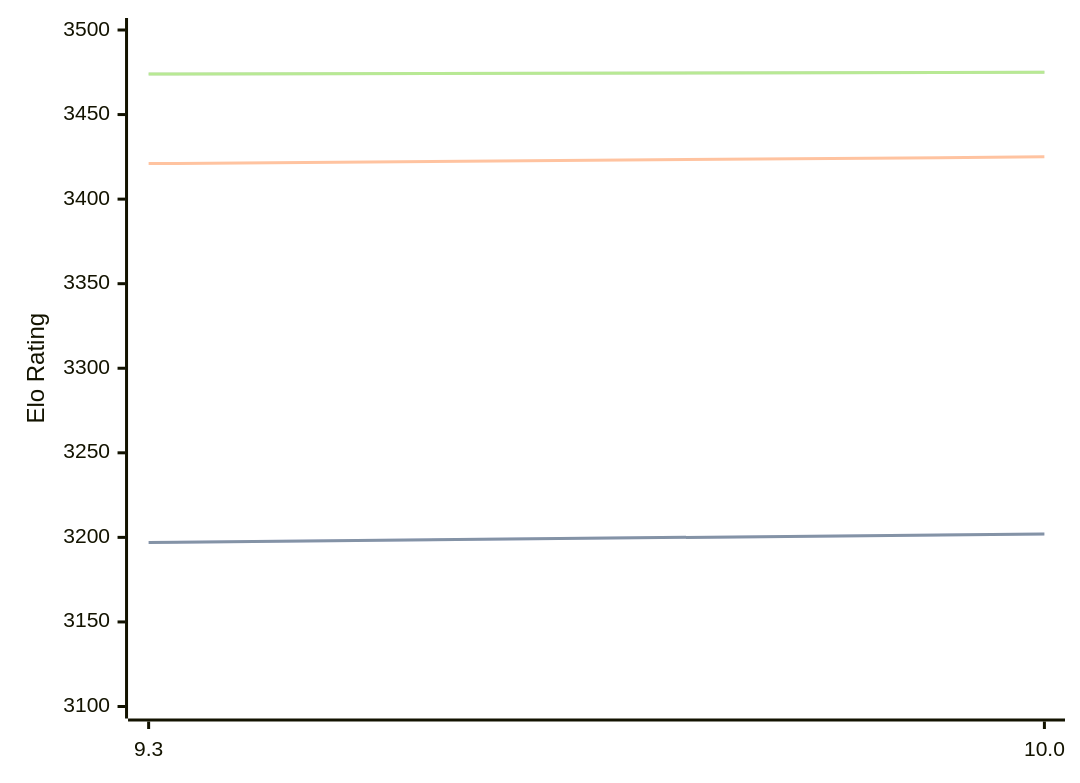
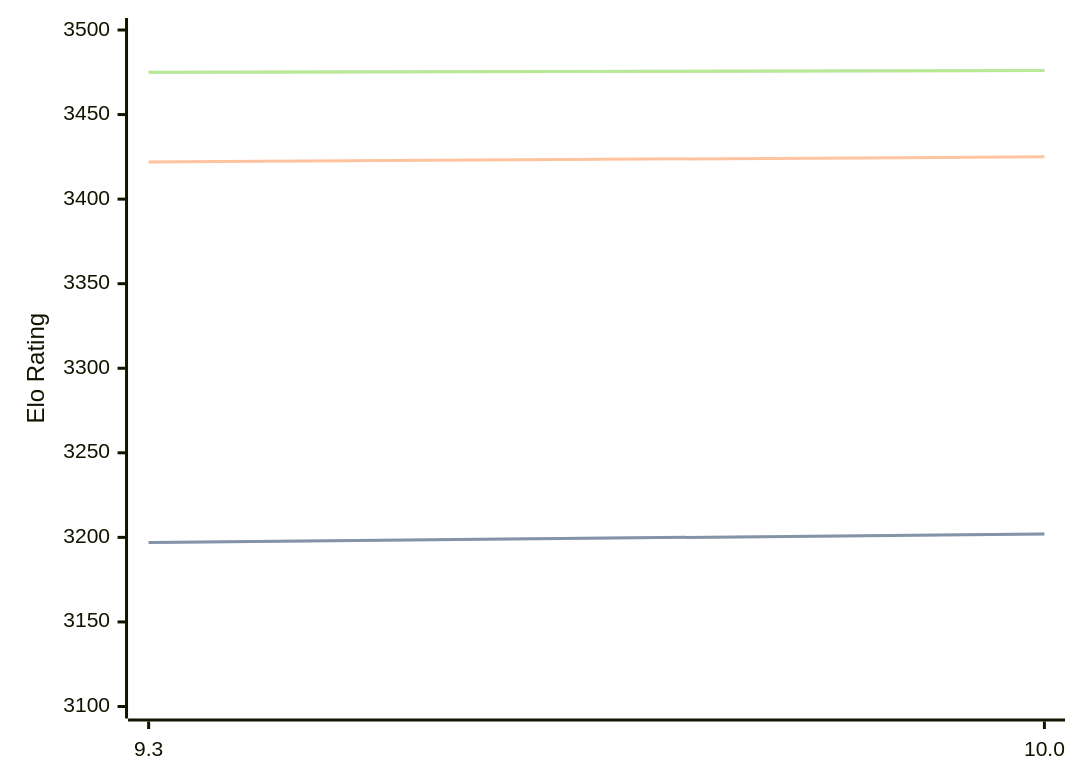
The diagram in engines/Fire.md (computer-chess-index/cci), drawn with Mermaid before and after one commit. The commit also changed other lines of this file, not shown here.

Commit message:
Update CCI Ratings (ELO VLTC) - 2026-05-14

````diff
--- a/engines/Fire.md
+++ b/engines/Fire.md
@@ -47,11 +47,11 @@
 ```mermaid
 %%{init: {"theme":"base","themeVariables":{"seriesColors:['#a3a3a3','#222221','#faa371']}}}%%
 xychart-beta
   x-axis ["9.3", "10.0"]
   y-axis "Elo Rating" 3100 --> 3500
   line "STC (8.0+0.08s)" [3197, 3202]
   line "STC (8.0+0.08s)" [3197, 3202]
-  line "LTC (60.0+0.60s)" [3421, 3425]
-  line "VLTC (2m24s+1.12s)" [3474, 3475]
-  line "VLTC (2m24s+1.12s)" [3474, 3475]
+  line "LTC (60.0+0.60s)" [3422, 3425]
+  line "VLTC (2m24s+1.12s)" [3475, 3476]
+  line "VLTC (2m24s+1.12s)" [3475, 3476]
 ```
````
